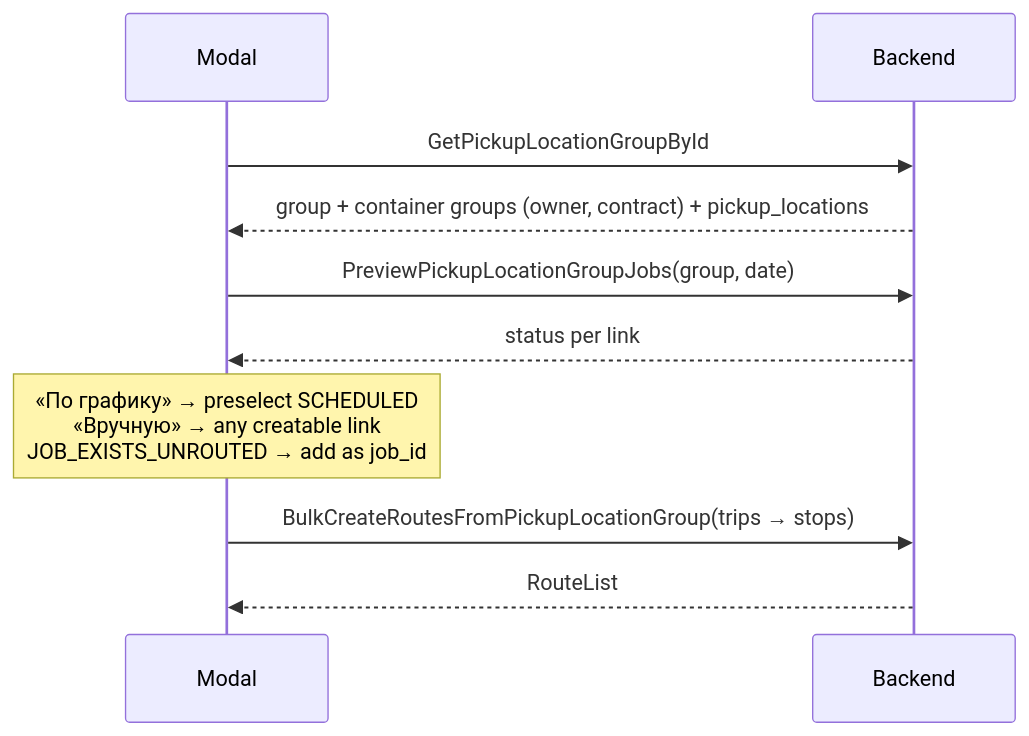
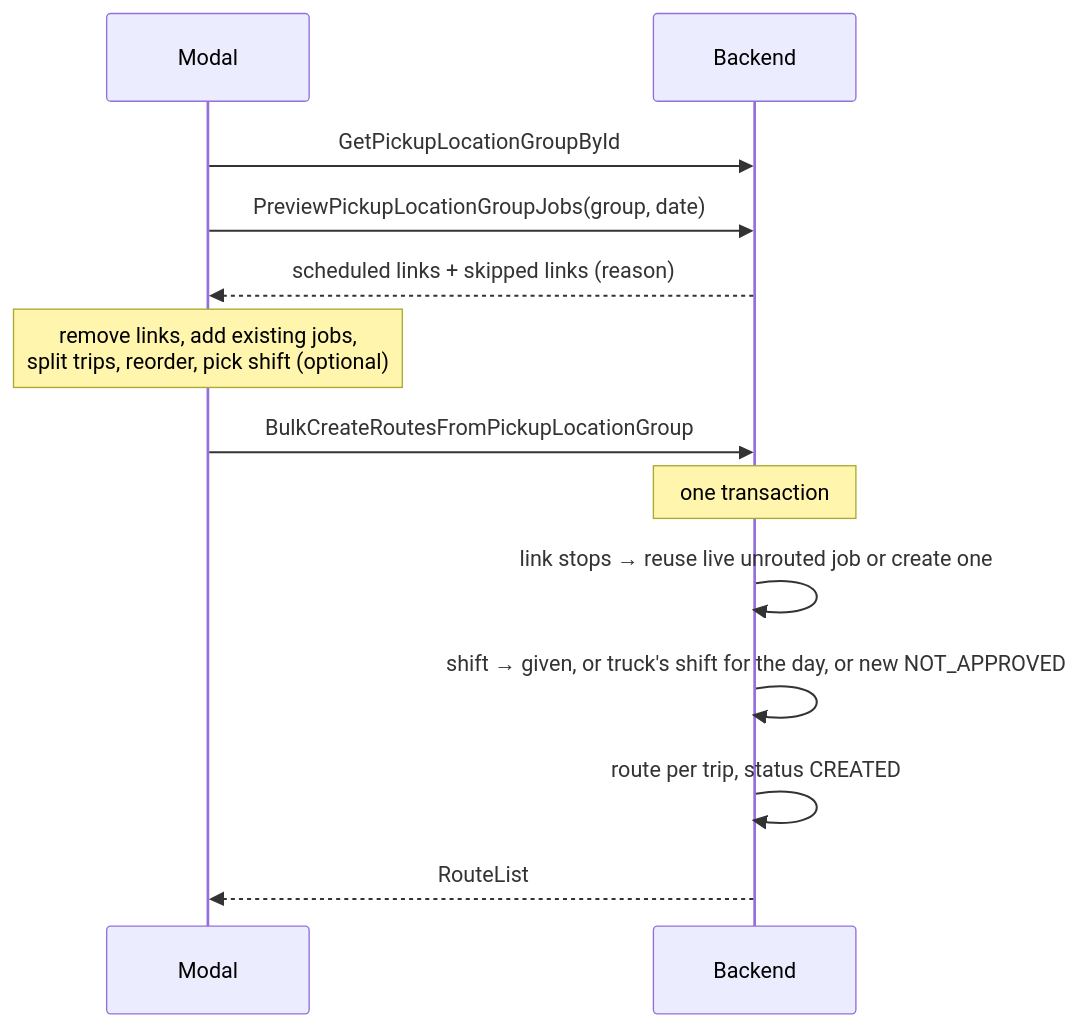
Before and after one commit to Raccoon-AI/proto_schema: the diagram in docs/pickup-location-group-bulk-route.md, drawn with Mermaid. The commit also changed other lines of this file and 6 other files, not shown here.

````diff
--- a/docs/pickup-location-group-bulk-route.md
+++ b/docs/pickup-location-group-bulk-route.md
@@ -28,12 +47,15 @@
 ```mermaid
 sequenceDiagram
   participant FE as Modal
   participant BE as Backend
   FE->>BE: GetPickupLocationGroupById
-  BE-->>FE: group + container groups (owner, contract) + pickup_locations
   FE->>BE: PreviewPickupLocationGroupJobs(group, date)
-  BE-->>FE: status per link
-  Note over FE: «По графику» → preselect SCHEDULED<br/>«Вручную» → any creatable link<br/>JOB_EXISTS_UNROUTED → add as job_id
-  FE->>BE: BulkCreateRoutesFromPickupLocationGroup(trips → stops)
+  BE-->>FE: scheduled links + skipped links (reason)
+  Note over FE: remove links, add existing jobs,<br/>split trips, reorder, pick shift (optional)
+  FE->>BE: BulkCreateRoutesFromPickupLocationGroup
+  Note over BE: one transaction
+  BE->>BE: link stops → reuse live unrouted job or create one
+  BE->>BE: shift → given, or truck's shift for the day, or new NOT_APPROVED
+  BE->>BE: route per trip, status CREATED
   BE-->>FE: RouteList
 ```
````
